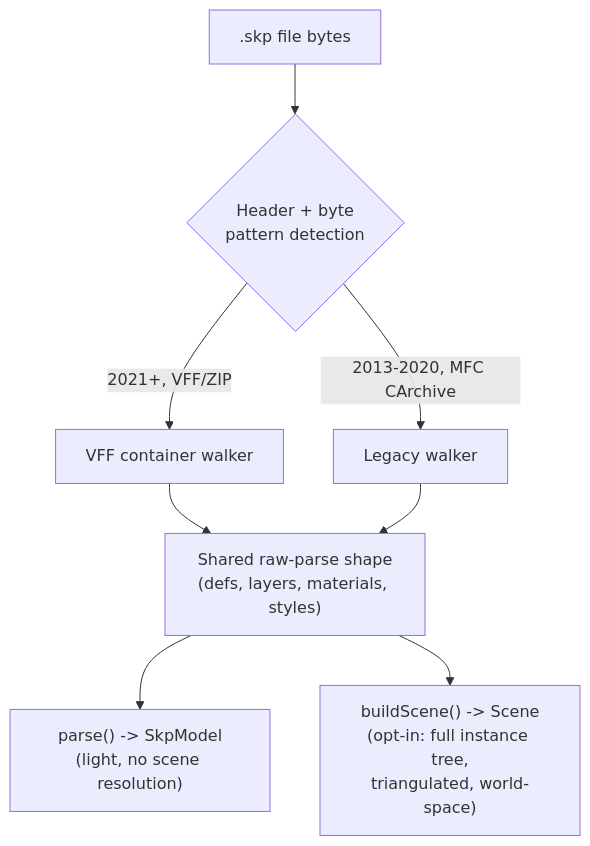
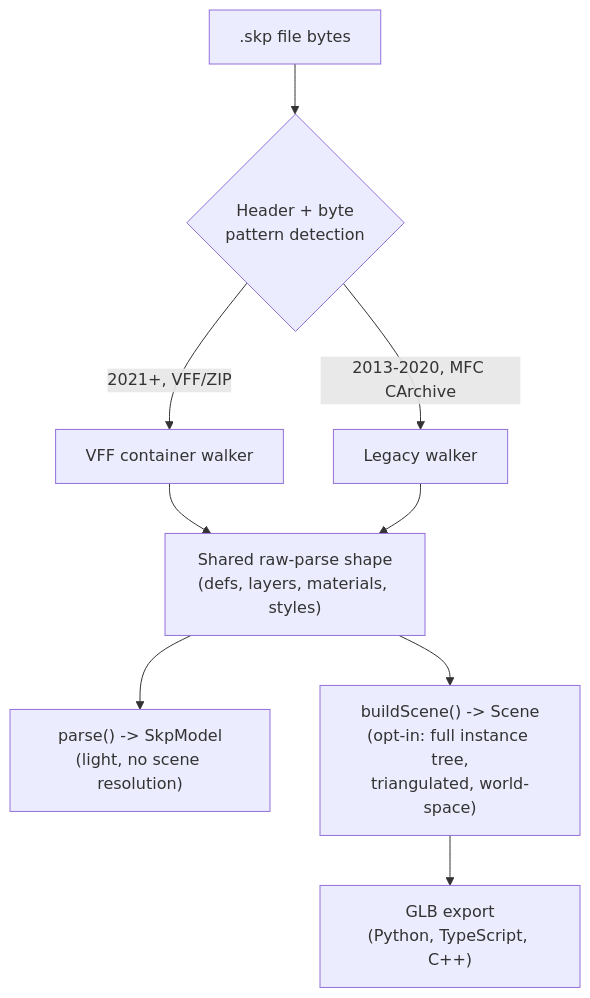
Before and after one commit to iamahsanmehmood/openskp: the first of 2 diagrams in docs/ARCHITECTURE.md, drawn with Mermaid. The commit also changed other lines of this file and 15 other files, not shown here.

Commit message:
Add C++ GLB export

````diff
--- a/docs/ARCHITECTURE.md
+++ b/docs/ARCHITECTURE.md
@@ -35,10 +35,11 @@
 ```mermaid
 graph TD
     A[".skp file bytes"] --> B{"Header + byte\npattern detection"}
     B -->|"2021+, VFF/ZIP"| C["VFF container walker"]
     B -->|"2013-2020, MFC CArchive"| D["Legacy walker"]
     C --> E["Shared raw-parse shape\n(defs, layers, materials, styles)"]
     D --> E
     E --> F["parse() -> SkpModel\n(light, no scene resolution)"]
     E --> G["buildScene() -> Scene\n(opt-in: full instance tree,\ntriangulated, world-space)"]
+    G --> H["GLB export\n(Python, TypeScript, C++)"]
 ```
````
